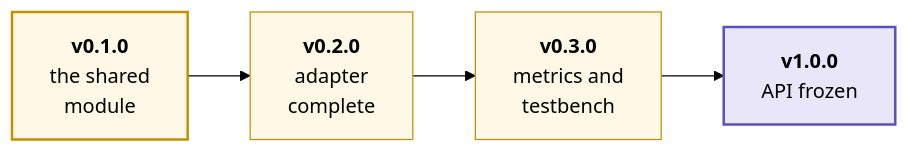
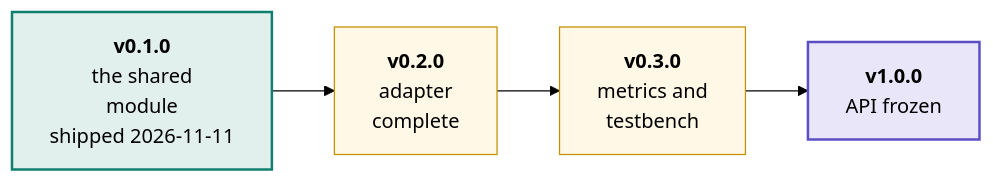
One commit to swarm-routing/ns3-swarm-core changed the first of 2 diagrams in docs/roadmap.md. Above: the diagram before and after it, drawn with Mermaid (forest theme). The commit also changed other lines of this file, not shown here.

First line of the commit message:
docs(roadmap): v0.1.0 shipped

````diff
--- a/docs/roadmap.md
+++ b/docs/roadmap.md
@@ -39,14 +40,14 @@
 ```mermaid
 flowchart LR
-    V01["<b>v0.1.0</b><br/>the shared<br/>module"]
+    V01["<b>v0.1.0</b><br/>the shared<br/>module<br/>shipped 2026-11-11"]
     V02["<b>v0.2.0</b><br/>adapter<br/>complete"]
     V03["<b>v0.3.0</b><br/>metrics and<br/>testbench"]
     V10["<b>v1.0.0</b><br/>API frozen"]
 
     V01 --> V02 --> V03 --> V10
 
-    style V01 fill:#fff8e6,stroke:#c48f00,stroke-width:2px
+    style V01 fill:#e2f0ed,stroke:#0f7f70,stroke-width:2px
     style V02 fill:#fff8e6,stroke:#c48f00
     style V03 fill:#fff8e6,stroke:#c48f00
     style V10 fill:#e8e6f8,stroke:#5b4fc4,stroke-width:2px
 ```
````
